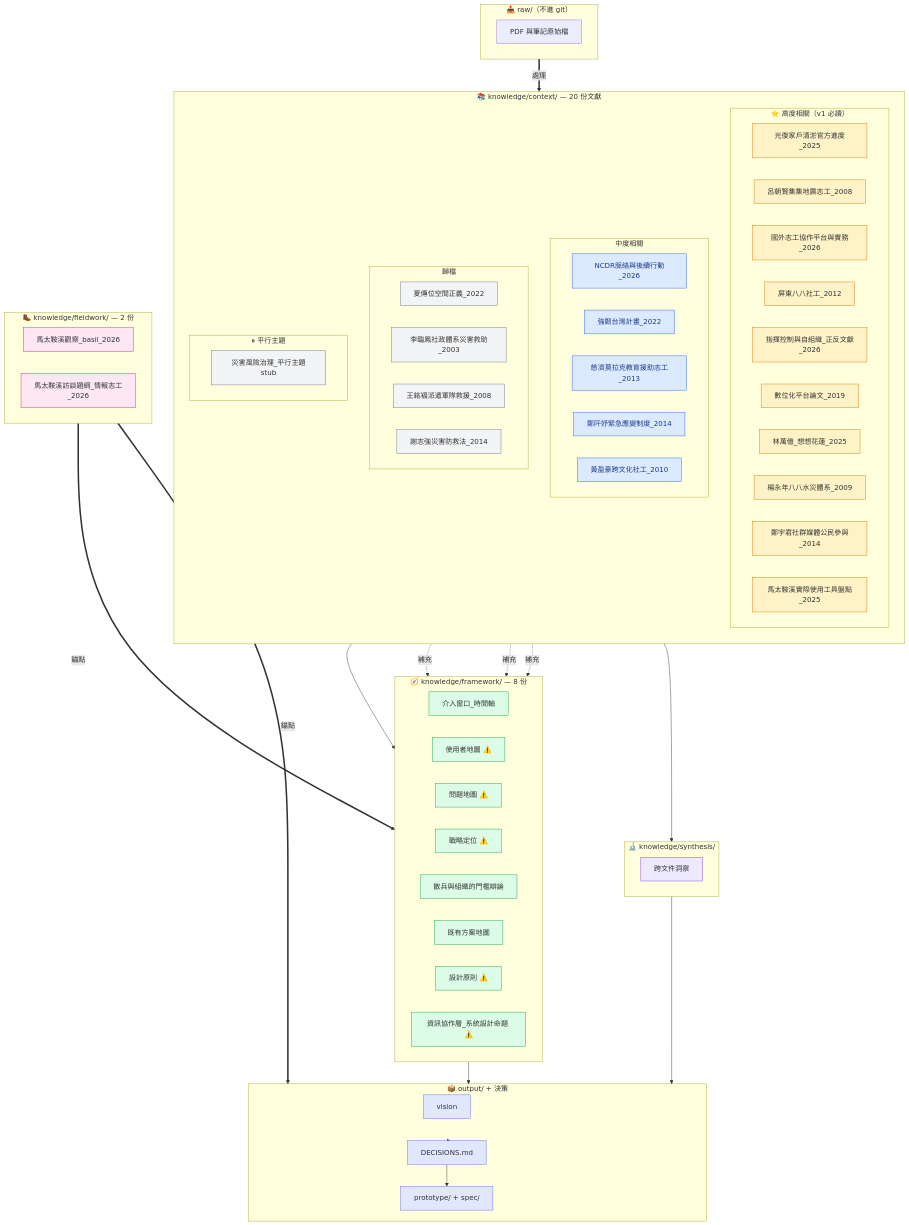
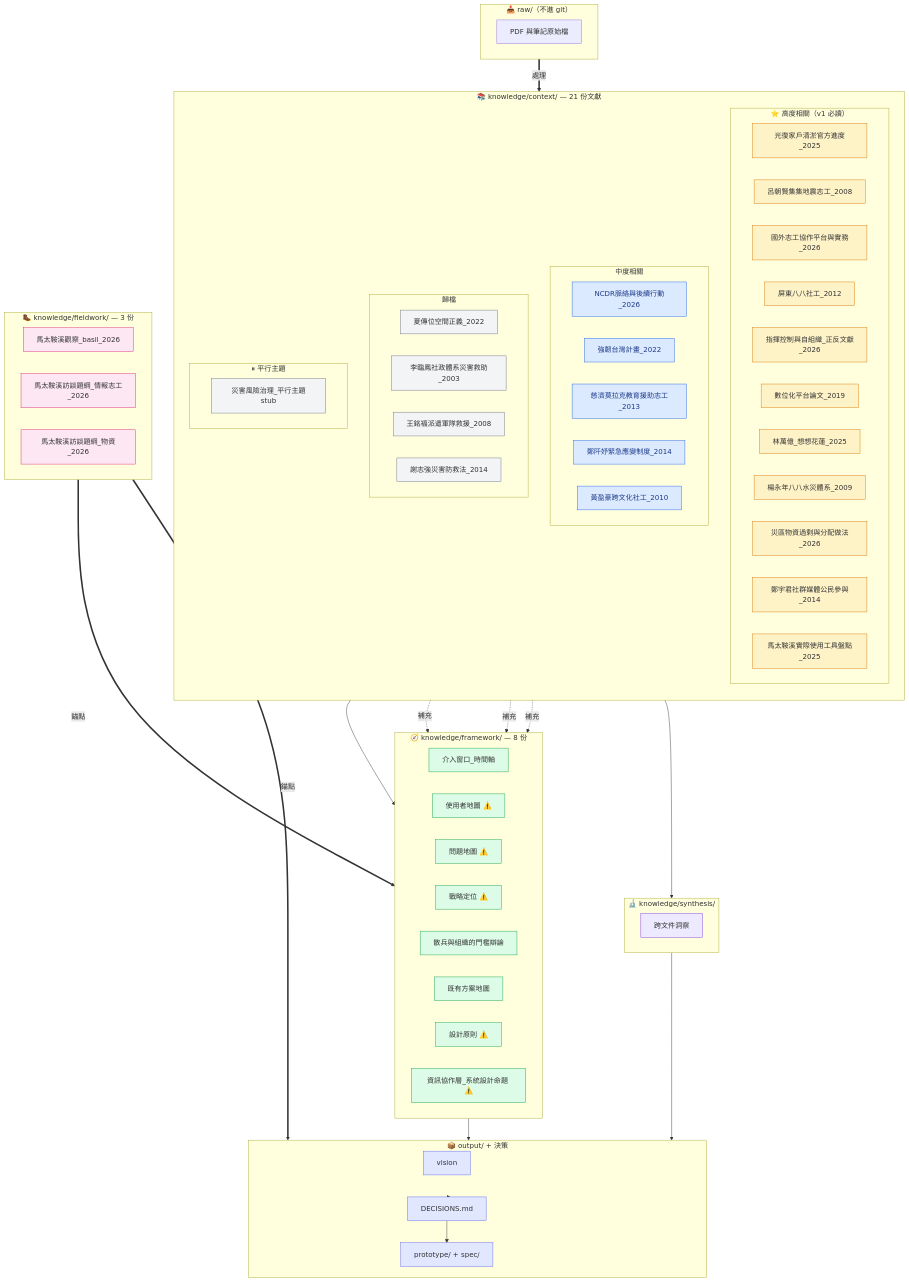
The third of 8 diagrams in ARCHITECTURE.md (BasilHsieh/resq-hub), drawn with Mermaid before and after one commit. The commit also changed 9 other files, not shown here.

````diff
--- a/ARCHITECTURE.md
+++ b/ARCHITECTURE.md
@@ -127,7 +127,7 @@
         RP["PDF 與筆記原始檔"]
     end
 
-    subgraph CTX["📚 knowledge/context/ — 20 份文獻"]
+    subgraph CTX["📚 knowledge/context/ — 21 份文獻"]
         direction TB
         subgraph HIGH["⭐ 高度相關（v1 必讀）"]
             N2["光復家戶清淤官方進度_2025"]
@@ -138,49 +138,51 @@
             N10["數位化平台論文_2019"]
             N12["林萬億_想想花蓮_2025"]
             N13["楊永年八八水災體系_2009"]
-            N17["鄭宇君社群媒體公民參與_2014"]
-            N19["馬太鞍溪實際使用工具盤點_2025"]
+            N14["災區物資過剩與分配做法_2026"]
+            N18["鄭宇君社群媒體公民參與_2014"]
+            N20["馬太鞍溪實際使用工具盤點_2025"]
         end
         subgraph MID["中度相關"]
             N1["NCDR脈絡與後續行動_2026"]
             N7["強韌台灣計畫_2022"]
             N8["慈濟莫拉克教育援助志工_2013"]
-            N18["鄭阡妤緊急應變制度_2014"]
-            N20["黃盈豪跨文化社工_2010"]
+            N19["鄭阡妤緊急應變制度_2014"]
+            N21["黃盈豪跨文化社工_2010"]
         end
         subgraph LOW["歸檔"]
             N5["夏傳位空間正義_2022"]
             N11["李臨鳳社政體系災害救助_2003"]
-            N15["王銘福派遣軍隊救援_2008"]
-            N16["謝志強災害防救法_2014"]
+            N16["王銘福派遣軍隊救援_2008"]
+            N17["謝志強災害防救法_2014"]
         end
         subgraph PARK["⏸ 平行主題"]
-            N14["災害風險治理_平行主題stub"]
+            N15["災害風險治理_平行主題stub"]
         end
     end
 
     subgraph FW["🧭 knowledge/framework/ — 8 份"]
-        N23["介入窗口_時間軸"]
-        N24["使用者地圖 ⚠️"]
-        N25["問題地圖 ⚠️"]
-        N26["戰略定位 ⚠️"]
-        N27["散兵與組織的門檻辯論"]
-        N28["既有方案地圖"]
-        N29["設計原則 ⚠️"]
-        N30["資訊協作層_系統設計命題 ⚠️"]
+        N25["介入窗口_時間軸"]
+        N26["使用者地圖 ⚠️"]
+        N27["問題地圖 ⚠️"]
+        N28["戰略定位 ⚠️"]
+        N29["散兵與組織的門檻辯論"]
+        N30["既有方案地圖"]
+        N31["設計原則 ⚠️"]
+        N32["資訊協作層_系統設計命題 ⚠️"]
     end
 
-    subgraph FLD["🥾 knowledge/fieldwork/ — 2 份"]
-        N21["馬太鞍溪觀察_basil_2026"]
-        N22["馬太鞍溪訪談題綱_情報志工_2026"]
+    subgraph FLD["🥾 knowledge/fieldwork/ — 3 份"]
+        N22["馬太鞍溪觀察_basil_2026"]
+        N23["馬太鞍溪訪談題綱_情報志工_2026"]
+        N24["馬太鞍溪訪談題綱_物資_2026"]
     end
 
     subgraph SYN["🔬 knowledge/synthesis/"]
-        N31["跨文件洞察"]
+        N33["跨文件洞察"]
     end
 
     subgraph OUT["📦 output/ + 決策"]
-        N35["vision"]
+        N37["vision"]
         PRD["prototype/ + spec/"]
         DEC["DECISIONS.md"]
     end
@@ -205,15 +207,15 @@
     classDef fld fill:#fce7f3,stroke:#db2777
     classDef syn fill:#ede9fe,stroke:#7c3aed
     classDef out fill:#e0e7ff,stroke:#6366f1
-    class N23,N24,N25,N26,N27,N28,N29,N30 fw
-    class N21,N22 fld
-    class N31 syn
-    class N35 out
+    class N25,N26,N27,N28,N29,N30,N31,N32 fw
+    class N22,N23,N24 fld
+    class N33 syn
+    class N37 out
     class PRD,DEC out
-    class N2,N3,N4,N6,N9,N10,N12,N13,N17,N19 high
-    class N1,N7,N8,N18,N20 mid
-    class N5,N11,N15,N16 low
-    class N14 low
+    class N2,N3,N4,N6,N9,N10,N12,N13,N14,N18,N20 high
+    class N1,N7,N8,N19,N21 mid
+    class N5,N11,N16,N17 low
+    class N15 low
 
     click N1 "knowledge/context/NCDR脈絡與後續行動_2026.md" "開啟原檔"
     click N2 "knowledge/context/光復家戶清淤官方進度_2025.md" "開啟原檔"
@@ -228,27 +230,29 @@
     click N11 "knowledge/context/李臨鳳社政體系災害救助_2003.md" "開啟原檔"
     click N12 "knowledge/context/林萬億_想想花蓮_2025.md" "開啟原檔"
     click N13 "knowledge/context/楊永年八八水災體系_2009.md" "開啟原檔"
-    click N14 "knowledge/context/災害風險治理_平行主題stub.md" "開啟原檔"
-    click N15 "knowledge/context/王銘福派遣軍隊救援_2008.md" "開啟原檔"
-    click N16 "knowledge/context/謝志強災害防救法_2014.md" "開啟原檔"
-    click N17 "knowledge/context/鄭宇君社群媒體公民參與_2014.md" "開啟原檔"
-    click N18 "knowledge/context/鄭阡妤緊急應變制度_2014.md" "開啟原檔"
-    click N19 "knowledge/context/馬太鞍溪實際使用工具盤點_2025.md" "開啟原檔"
-    click N20 "knowledge/context/黃盈豪跨文化社工_2010.md" "開啟原檔"
-    click N21 "knowledge/fieldwork/馬太鞍溪觀察_basil_2026.md" "開啟原檔"
-    click N22 "knowledge/fieldwork/馬太鞍溪訪談題綱_情報志工_2026.md" "開啟原檔"
-    click N23 "knowledge/framework/介入窗口_時間軸.md" "開啟原檔"
-    click N24 "knowledge/framework/使用者地圖.md" "開啟原檔"
-    click N25 "knowledge/framework/問題地圖.md" "開啟原檔"
-    click N26 "knowledge/framework/戰略定位.md" "開啟原檔"
-    click N27 "knowledge/framework/散兵與組織的門檻辯論.md" "開啟原檔"
-    click N28 "knowledge/framework/既有方案地圖.md" "開啟原檔"
-    click N29 "knowledge/framework/設計原則.md" "開啟原檔"
-    click N30 "knowledge/framework/資訊協作層_系統設計命題.md" "開啟原檔"
-    click N31 "knowledge/synthesis/跨文件洞察.md" "開啟原檔"
-    click N32 "knowledge/文獻處理進度.md" "開啟原檔"
-    click N33 "output/spec/角色輪廓.md" "開啟原檔"
-    click N34 "output/spec/資料模型與狀態機.md" "開啟原檔"
-    click N35 "output/vision.md" "開啟原檔"
+    click N14 "knowledge/context/災區物資過剩與分配做法_2026.md" "開啟原檔"
+    click N15 "knowledge/context/災害風險治理_平行主題stub.md" "開啟原檔"
+    click N16 "knowledge/context/王銘福派遣軍隊救援_2008.md" "開啟原檔"
+    click N17 "knowledge/context/謝志強災害防救法_2014.md" "開啟原檔"
+    click N18 "knowledge/context/鄭宇君社群媒體公民參與_2014.md" "開啟原檔"
+    click N19 "knowledge/context/鄭阡妤緊急應變制度_2014.md" "開啟原檔"
+    click N20 "knowledge/context/馬太鞍溪實際使用工具盤點_2025.md" "開啟原檔"
+    click N21 "knowledge/context/黃盈豪跨文化社工_2010.md" "開啟原檔"
+    click N22 "knowledge/fieldwork/馬太鞍溪觀察_basil_2026.md" "開啟原檔"
+    click N23 "knowledge/fieldwork/馬太鞍溪訪談題綱_情報志工_2026.md" "開啟原檔"
+    click N24 "knowledge/fieldwork/馬太鞍溪訪談題綱_物資_2026.md" "開啟原檔"
+    click N25 "knowledge/framework/介入窗口_時間軸.md" "開啟原檔"
+    click N26 "knowledge/framework/使用者地圖.md" "開啟原檔"
+    click N27 "knowledge/framework/問題地圖.md" "開啟原檔"
+    click N28 "knowledge/framework/戰略定位.md" "開啟原檔"
+    click N29 "knowledge/framework/散兵與組織的門檻辯論.md" "開啟原檔"
+    click N30 "knowledge/framework/既有方案地圖.md" "開啟原檔"
+    click N31 "knowledge/framework/設計原則.md" "開啟原檔"
+    click N32 "knowledge/framework/資訊協作層_系統設計命題.md" "開啟原檔"
+    click N33 "knowledge/synthesis/跨文件洞察.md" "開啟原檔"
+    click N34 "knowledge/文獻處理進度.md" "開啟原檔"
+    click N35 "output/spec/角色輪廓.md" "開啟原檔"
+    click N36 "output/spec/資料模型與狀態機.md" "開啟原檔"
+    click N37 "output/vision.md" "開啟原檔"
     click DEC "DECISIONS.md" "開啟原檔"
 ```
````
